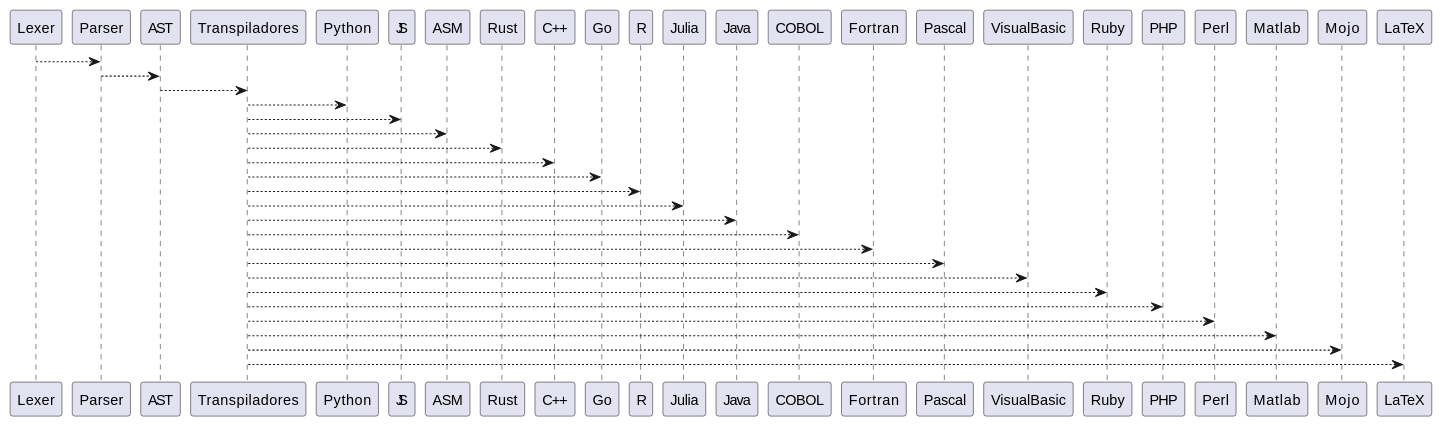
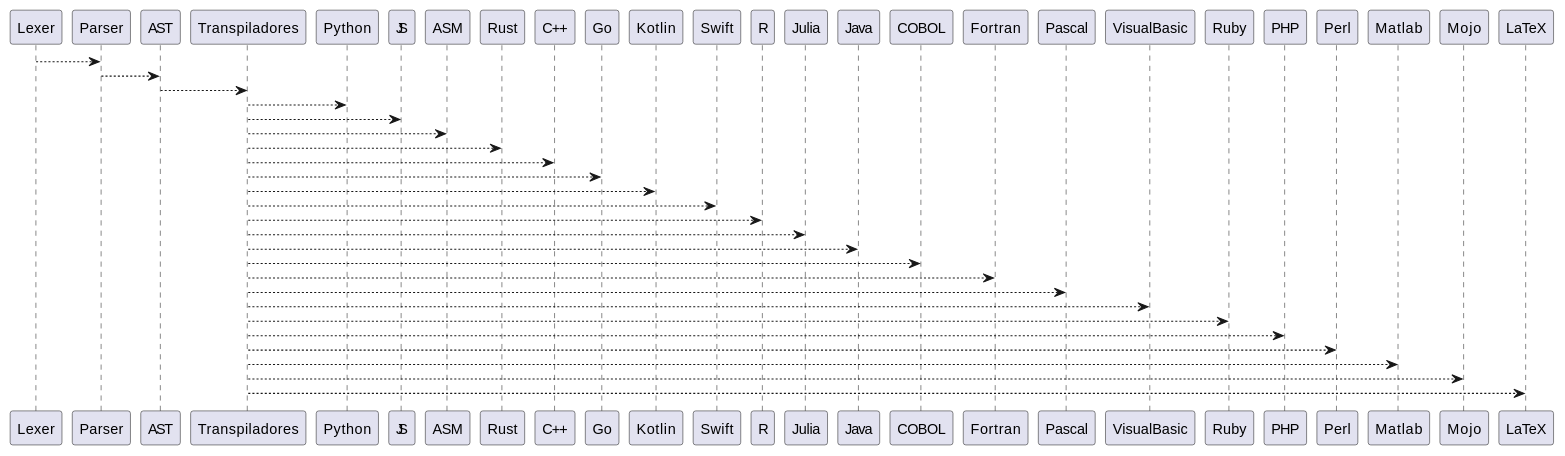
One commit to Alphonsus411/pCobra changed the second of 2 diagrams in docs/estructura_ast.md. Above: the diagram before and after it, drawn with PlantUML. The commit also changed 11 other files, not shown here.

````diff
--- a/docs/estructura_ast.md
+++ b/docs/estructura_ast.md
@@ -57,26 +57,28 @@
 ```{uml}
 @startuml
 Lexer --> Parser
 Parser --> AST
 AST --> Transpiladores
 Transpiladores --> Python
 Transpiladores --> JS
 Transpiladores --> ASM
 Transpiladores --> Rust
 Transpiladores --> "C++"
 Transpiladores --> Go
+Transpiladores --> Kotlin
+Transpiladores --> Swift
 Transpiladores --> R
 Transpiladores --> Julia
 Transpiladores --> Java
 Transpiladores --> COBOL
 Transpiladores --> Fortran
 Transpiladores --> Pascal
 Transpiladores --> VisualBasic
 Transpiladores --> Ruby
 Transpiladores --> PHP
 Transpiladores --> Perl
 Transpiladores --> Matlab
 Transpiladores --> Mojo
 Transpiladores --> LaTeX
 @enduml
 ```
````
